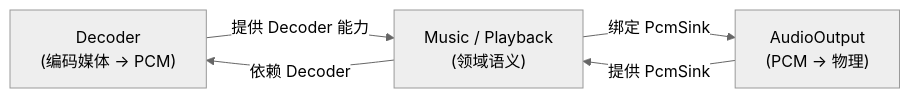
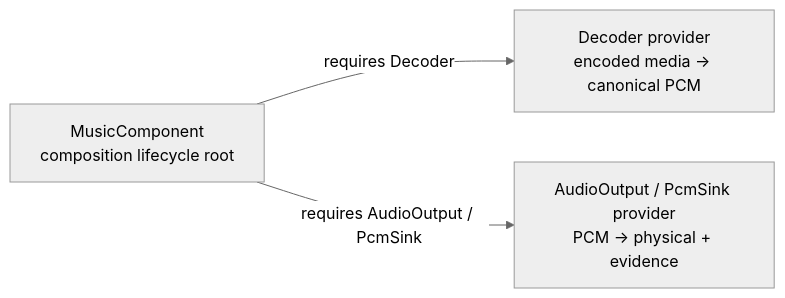
The first of 3 diagrams in website/architecture/plugin-graph.md (jnhu76/qianqian), drawn with Mermaid (neutral theme) before and after one commit. The commit also changed other lines of this file and 25 other files, not shown here.

First line of the commit message:
architecture: reconcile playback authority surfaces with ADR-PBK-001 (#80)

````diff
--- a/website/architecture/plugin-graph.md
+++ b/website/architecture/plugin-graph.md
@@ -20,11 +18,9 @@
 ```mermaid
 flowchart LR
-    DEC["Decoder<br/>(编码媒体 → PCM)"]
-    MUSIC["Music / Playback<br/>(领域语义)"]
-    AOUT["AudioOutput<br/>(PCM → 物理)"]
+    MUSIC["MusicComponent<br/>composition lifecycle root"]
+    DEC["Decoder provider<br/>encoded media → canonical PCM"]
+    AOUT["AudioOutput / PcmSink provider<br/>PCM → physical + evidence"]
 
-    DEC -->|"提供 Decoder 能力"| MUSIC
-    MUSIC -->|"依赖 Decoder"| DEC
-    MUSIC -->|"绑定 PcmSink"| AOUT
-    AOUT -->|"提供 PcmSink"| MUSIC
+    MUSIC -->|"requires Decoder"| DEC
+    MUSIC -->|"requires AudioOutput / PcmSink"| AOUT
 ```
````
